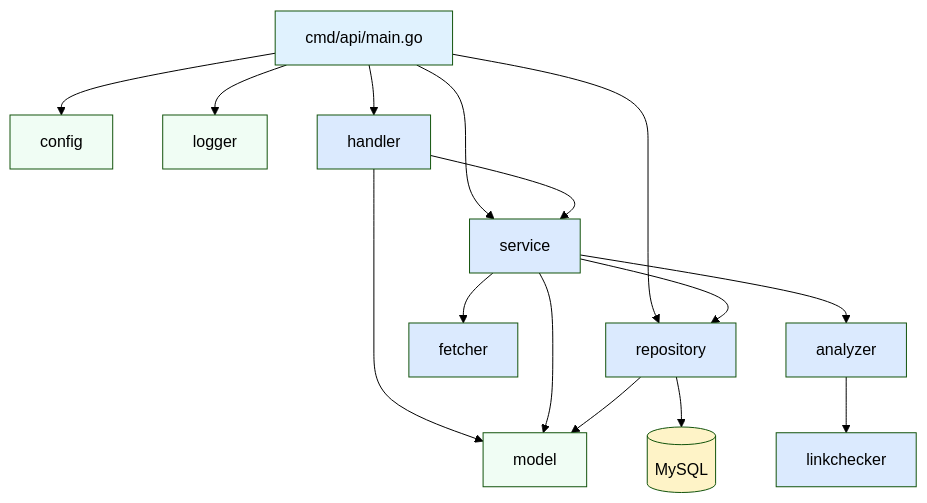
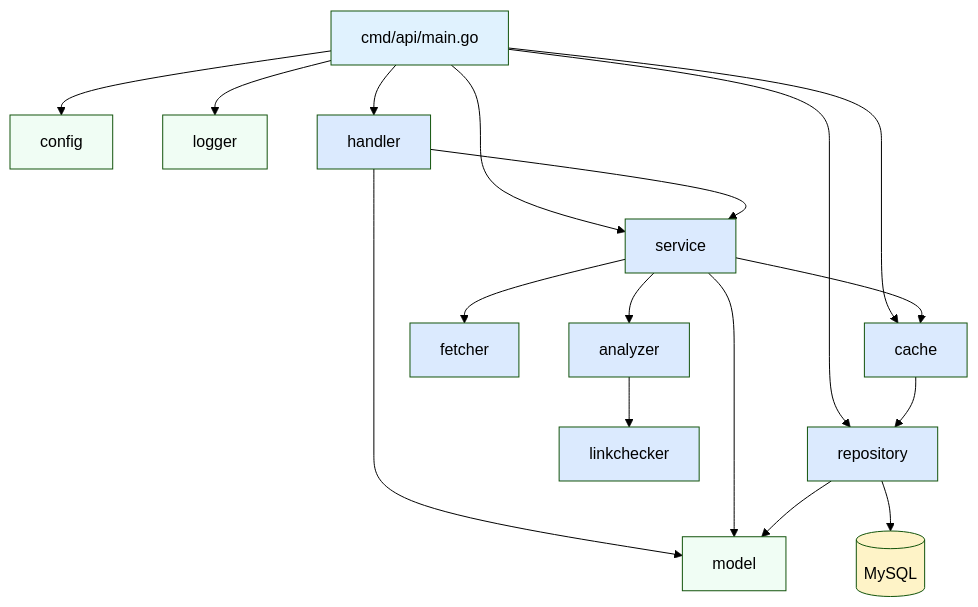
Before and after one commit to pasindu-uk/web-page-analyser: the second of 4 diagrams in README.md, drawn with Mermaid (forest theme). The commit also changed other lines of this file and 1 other file, not shown here.

Commit message:
Update README and backend setup guide with in-memory cache details
Add cache layer to architecture diagram, update feature description,
project structure listings, and history endpoint documentation.

````diff
--- a/README.md
+++ b/README.md
@@ -46,33 +46,36 @@
 ```mermaid
 graph TD
     Main[cmd/api/main.go] --> Config[config]
     Main --> Logger[logger]
     Main --> Repo[repository]
+    Main --> Cache[cache]
     Main --> Service[service]
     Main --> Handler[handler]
 
     Handler --> Service
     Service --> Fetcher[fetcher]
     Service --> Analyzer[analyzer]
-    Service --> Repo
+    Service --> Cache
 
+    Cache --> Repo
     Analyzer --> LC[linkchecker]
 
     Handler --> Model[model]
     Service --> Model
     Repo --> Model
 
     Repo --> DB[(MySQL)]
 
     style Main fill:#e0f2fe
     style Handler fill:#dbeafe
     style Service fill:#dbeafe
     style Fetcher fill:#dbeafe
     style Analyzer fill:#dbeafe
     style LC fill:#dbeafe
     style Repo fill:#dbeafe
+    style Cache fill:#dbeafe
     style Config fill:#f0fdf4
     style Logger fill:#f0fdf4
     style Model fill:#f0fdf4
     style DB fill:#fef3c7
 ```
````
